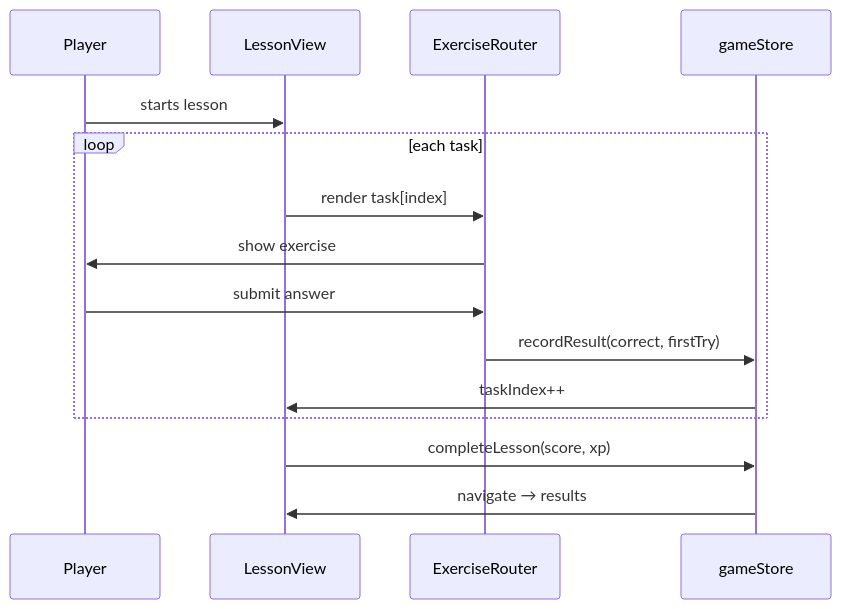
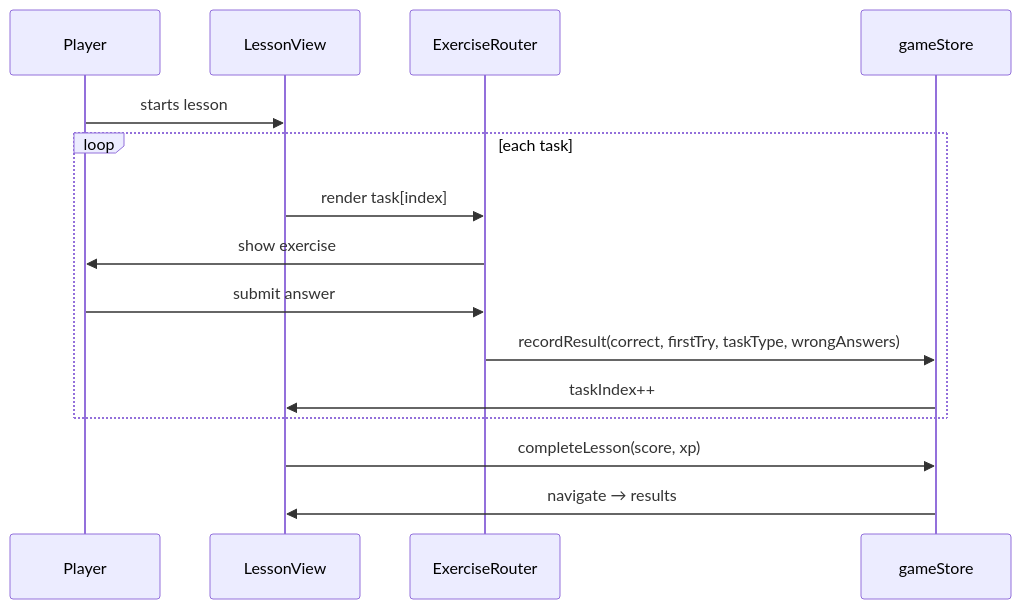
Before and after one commit to RandixGit/DeutschForJay: the seventh of 7 diagrams in docs/architecture.md, drawn with Mermaid. The commit also changed other lines of this file and 1 other file, not shown here.

First line of the commit message:
Update README and architecture docs to reflect recent changes

````diff
--- a/docs/architecture.md
+++ b/docs/architecture.md
@@ -133,18 +158,18 @@
 ```mermaid
 sequenceDiagram
     participant Player
     participant LessonView
     participant ExerciseRouter
     participant gameStore
 
     Player->>LessonView: starts lesson
     loop each task
         LessonView->>ExerciseRouter: render task[index]
         ExerciseRouter->>Player: show exercise
         Player->>ExerciseRouter: submit answer
-        ExerciseRouter->>gameStore: recordResult(correct, firstTry)
+        ExerciseRouter->>gameStore: recordResult(correct, firstTry, taskType, wrongAnswers)
         gameStore->>LessonView: taskIndex++
     end
     LessonView->>gameStore: completeLesson(score, xp)
     gameStore->>LessonView: navigate → results
 ```
````
